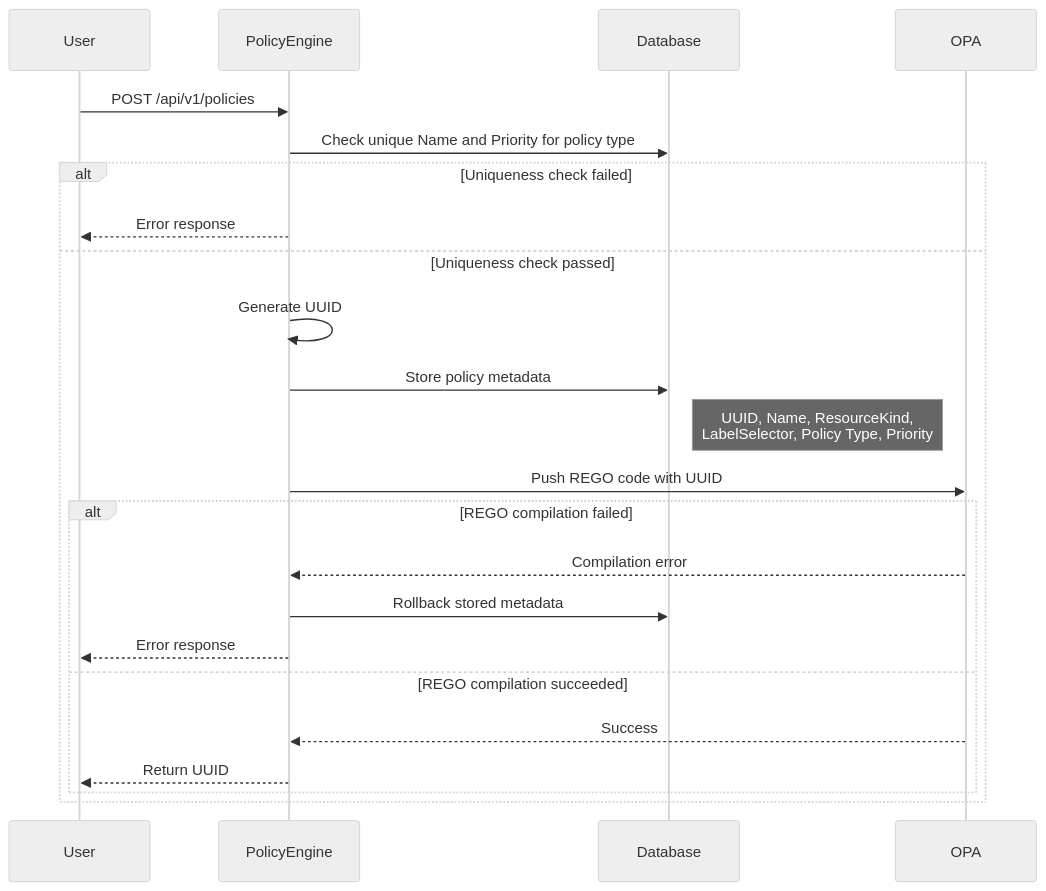
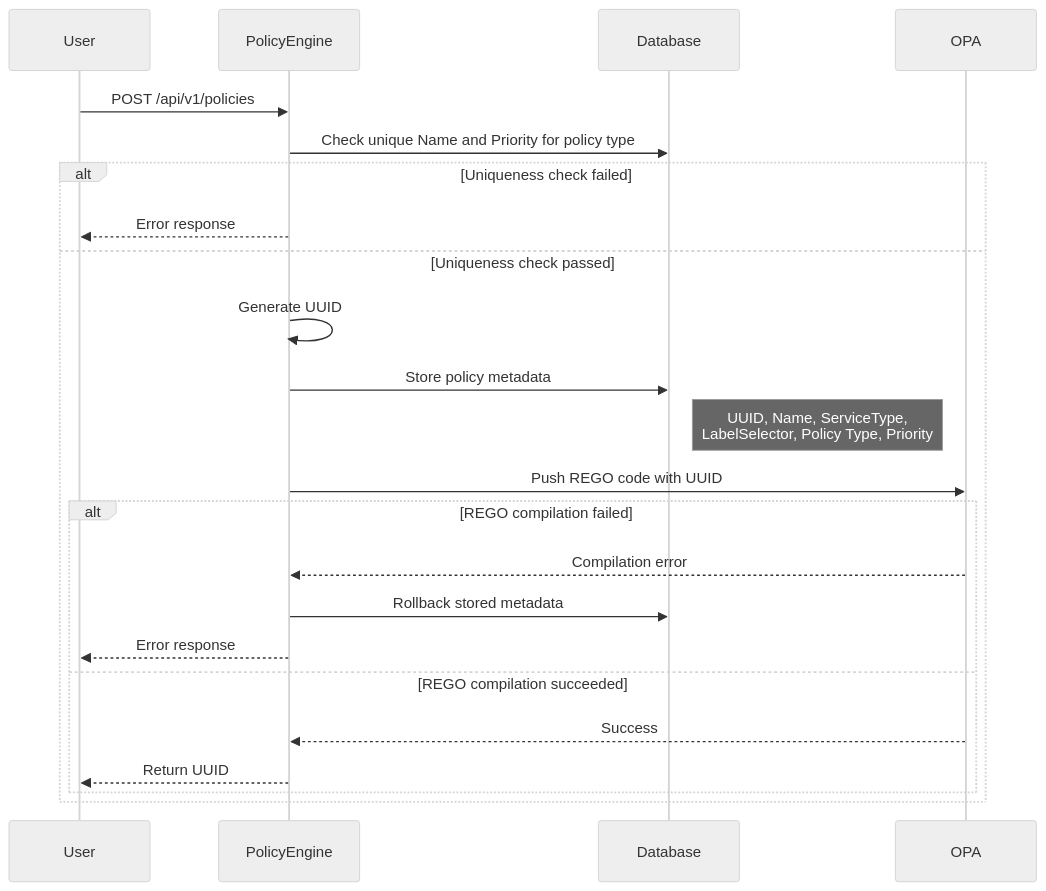
One commit to dcm-project/enhancements changed the first of 2 diagrams in enhancements/policy-engine/policy-engine.md. Above: the diagram before and after it, drawn with Mermaid (neutral theme). The commit also changed other lines of this file, not shown here.

````diff
--- a/enhancements/policy-engine/policy-engine.md
+++ b/enhancements/policy-engine/policy-engine.md
@@ -113,26 +131,26 @@
 ```mermaid
 sequenceDiagram
     participant User
     participant PolicyEngine
     participant Database
     participant OPA
 
     User->>PolicyEngine: POST /api/v1/policies
     PolicyEngine->>Database: Check unique Name and Priority for policy type
     alt Uniqueness check failed
         PolicyEngine-->>User: Error response
     else Uniqueness check passed
         PolicyEngine->>PolicyEngine: Generate UUID
         PolicyEngine->>Database: Store policy metadata
-        Note right of Database: UUID, Name, ResourceKind,<br/>LabelSelector, Policy Type, Priority
+        Note right of Database: UUID, Name, ServiceType,<br/>LabelSelector, Policy Type, Priority
         PolicyEngine->>OPA: Push REGO code with UUID
         alt REGO compilation failed
             OPA-->>PolicyEngine: Compilation error
             PolicyEngine->>Database: Rollback stored metadata
             PolicyEngine-->>User: Error response
         else REGO compilation succeeded
             OPA-->>PolicyEngine: Success
             PolicyEngine-->>User: Return UUID
         end
     end
 ```
````
